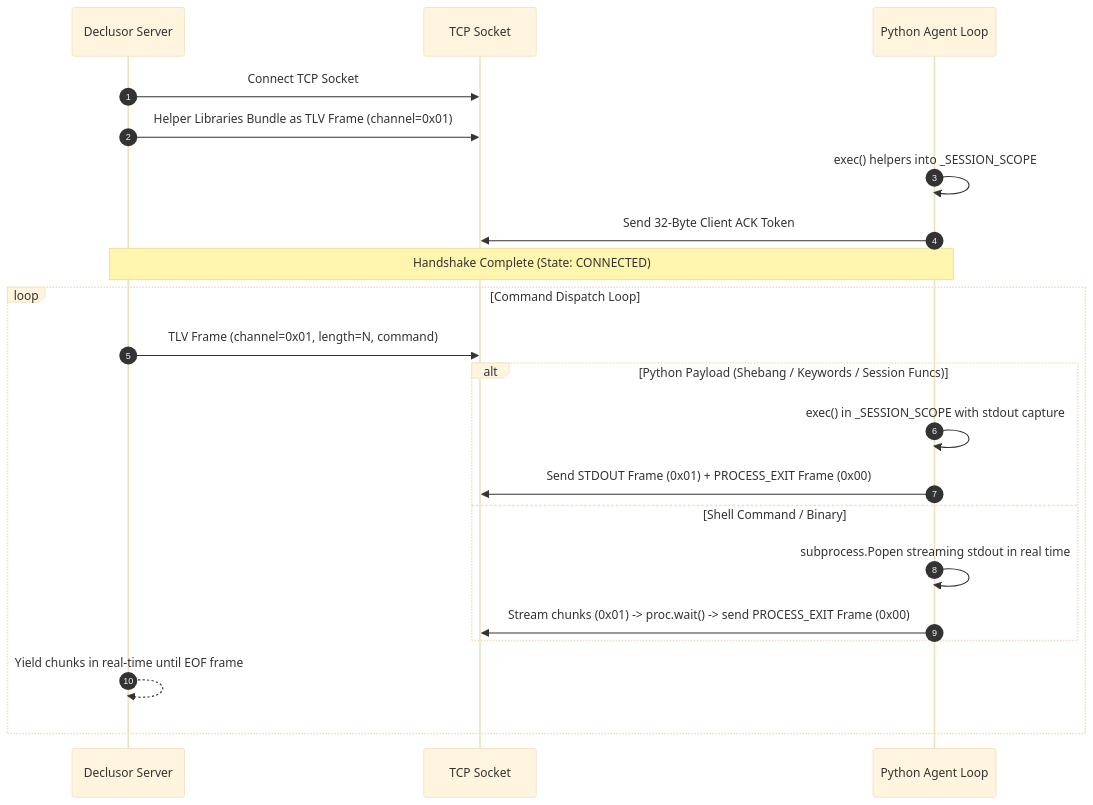
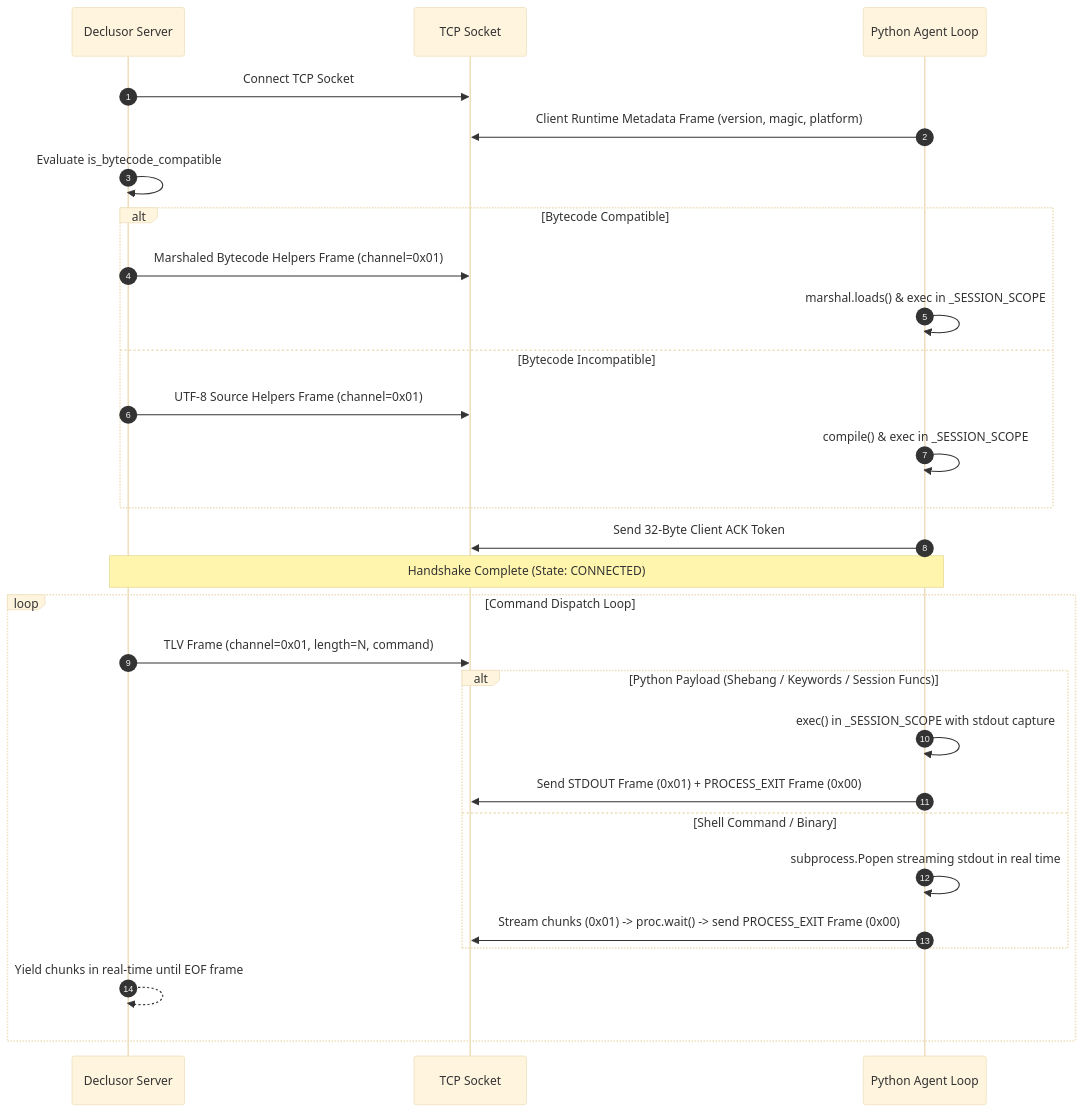
The second of 2 diagrams in plugins/py_socket/README.md (othon-hugo/declusor), drawn with Mermaid (base theme) before and after one commit. The commit also changed other lines of this file and 17 other files, not shown here.

````diff
--- a/plugins/py_socket/README.md
+++ b/plugins/py_socket/README.md
@@ -48,25 +49,32 @@
 ```mermaid
 sequenceDiagram
     autonumber
     participant Server as Declusor Server
     participant Sock as TCP Socket
     participant PyAgent as Python Agent Loop
 
     Server->>Sock: Connect TCP Socket
-    Server->>Sock: Helper Libraries Bundle as TLV Frame (channel=0x01)
-    PyAgent->>PyAgent: exec() helpers into _SESSION_SCOPE
+    PyAgent->>Sock: Client Runtime Metadata Frame (version, magic, platform)
+    Server->>Server: Evaluate is_bytecode_compatible
+    alt Bytecode Compatible
+        Server->>Sock: Marshaled Bytecode Helpers Frame (channel=0x01)
+        PyAgent->>PyAgent: marshal.loads() & exec in _SESSION_SCOPE
+    else Bytecode Incompatible
+        Server->>Sock: UTF-8 Source Helpers Frame (channel=0x01)
+        PyAgent->>PyAgent: compile() & exec in _SESSION_SCOPE
+    end
     PyAgent->>Sock: Send 32-Byte Client ACK Token
     Note over Server,PyAgent: Handshake Complete (State: CONNECTED)
 
     loop Command Dispatch Loop
         Server->>Sock: TLV Frame (channel=0x01, length=N, command)
         alt Python Payload (Shebang / Keywords / Session Funcs)
             PyAgent->>PyAgent: exec() in _SESSION_SCOPE with stdout capture
             PyAgent->>Sock: Send STDOUT Frame (0x01) + PROCESS_EXIT Frame (0x00)
         else Shell Command / Binary
             PyAgent->>PyAgent: subprocess.Popen streaming stdout in real time
             PyAgent->>Sock: Stream chunks (0x01) -> proc.wait() -> send PROCESS_EXIT Frame (0x00)
         end
         Server-->>Server: Yield chunks in real-time until EOF frame
     end
 ```
````
